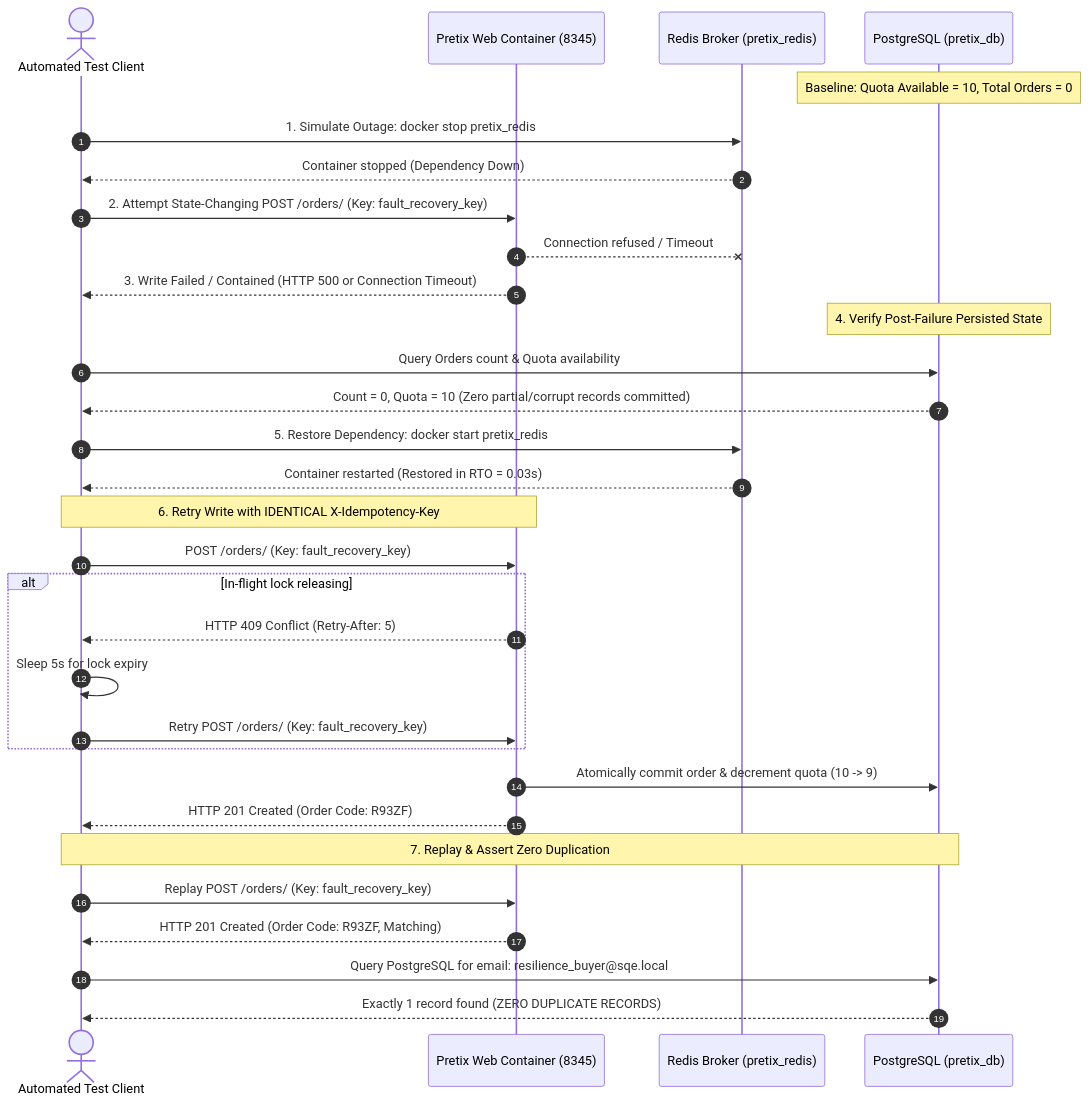
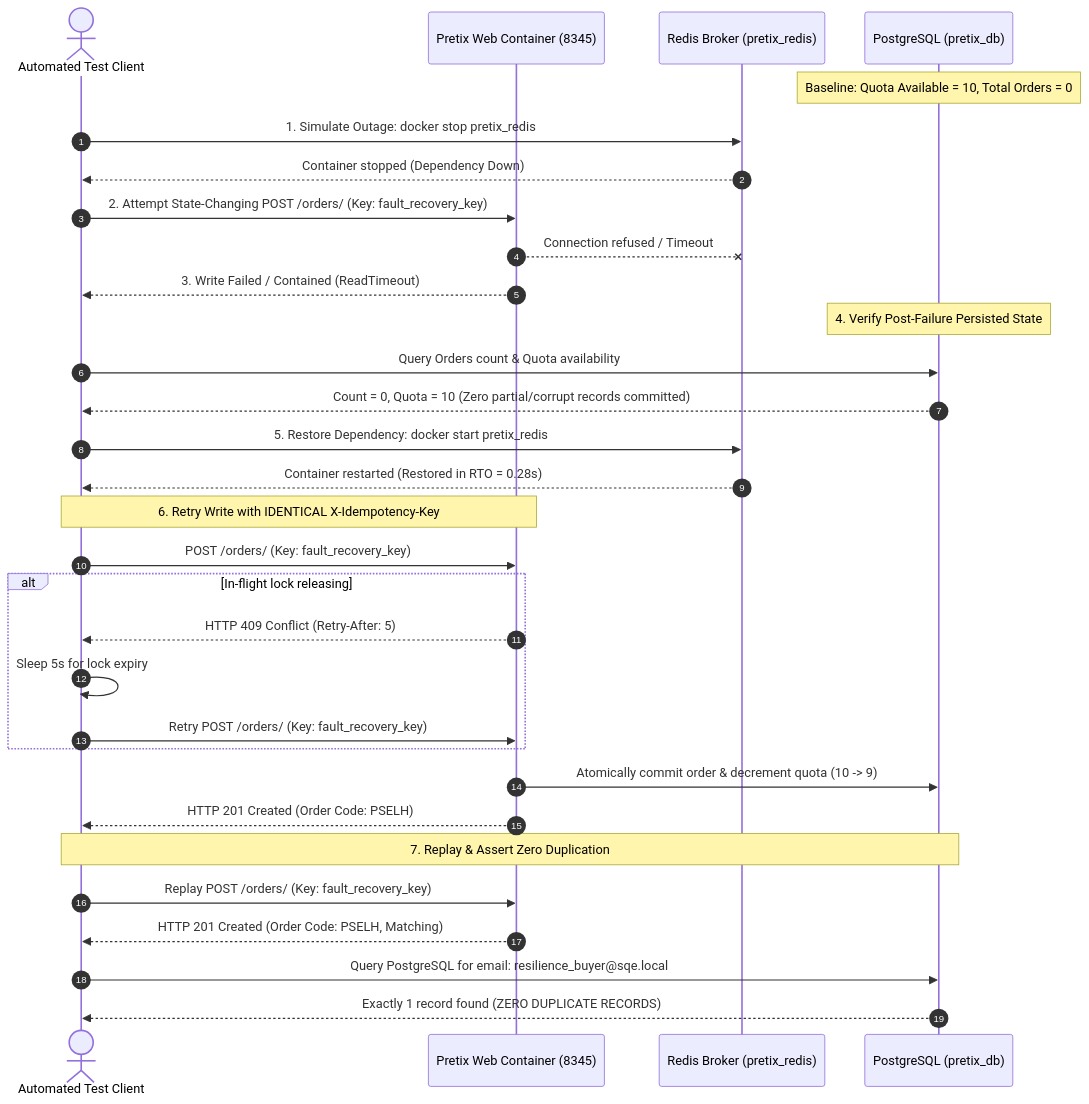
The ninth of 13 diagrams in docs/MASTER_REPORT.md (sohaibAkhlaq/sqe_pretix_project), drawn with Mermaid before and after one commit. The commit also changed other lines of this file and 51 other files, not shown here.

````diff
--- a/docs/MASTER_REPORT.md
+++ b/docs/MASTER_REPORT.md
@@ -3180,77 +2177,75 @@
 ```mermaid
 
 sequenceDiagram
 
     autonumber
 
     actor Client as Automated Test Client
 
     participant Web as Pretix Web Container (8345)
 
     participant Redis as Redis Broker (pretix_redis)
 
     participant DB as PostgreSQL (pretix_db)
 
-
-
     Note over DB: Baseline: Quota Available = 10, Total Orders = 0
 
     Client->>Redis: 1. Simulate Outage: docker stop pretix_redis
 
     Redis-->>Client: Container stopped (Dependency Down)
 
     
 
     Client->>Web: 2. Attempt State-Changing POST /orders/ (Key: fault_recovery_key)
 
     Web--xRedis: Connection refused / Timeout
 
-    Web-->>Client: 3. Write Failed / Contained (HTTP 500 or Connection Timeout)
+    Web-->>Client: 3. Write Failed / Contained (ReadTimeout)
 
     
 
     Note over DB: 4. Verify Post-Failure Persisted State
 
     Client->>DB: Query Orders count & Quota availability
 
     DB-->>Client: Count = 0, Quota = 10 (Zero partial/corrupt records committed)
 
     
 
     Client->>Redis: 5. Restore Dependency: docker start pretix_redis
 
-    Redis-->>Client: Container restarted (Restored in RTO = 0.03s)
+    Redis-->>Client: Container restarted (Restored in RTO = 0.28s)
 
     
 
     Note over Client,Web: 6. Retry Write with IDENTICAL X-Idempotency-Key
 
     Client->>Web: POST /orders/ (Key: fault_recovery_key)
 
     alt In-flight lock releasing
 
         Web-->>Client: HTTP 409 Conflict (Retry-After: 5)
 
         Client->>Client: Sleep 5s for lock expiry
 
         Client->>Web: Retry POST /orders/ (Key: fault_recovery_key)
 
     end
 
     Web->>DB: Atomically commit order & decrement quota (10 -> 9)
 
-    Web-->>Client: HTTP 201 Created (Order Code: R93ZF)
+    Web-->>Client: HTTP 201 Created (Order Code: PSELH)
 
     
 
     Note over Client,DB: 7. Replay & Assert Zero Duplication
 
     Client->>Web: Replay POST /orders/ (Key: fault_recovery_key)
 
-    Web-->>Client: HTTP 201 Created (Order Code: R93ZF, Matching)
+    Web-->>Client: HTTP 201 Created (Order Code: PSELH, Matching)
 
     Client->>DB: Query PostgreSQL for email: resilience_buyer@sqe.local
 
     DB-->>Client: Exactly 1 record found (ZERO DUPLICATE RECORDS)
 
 ```
````
